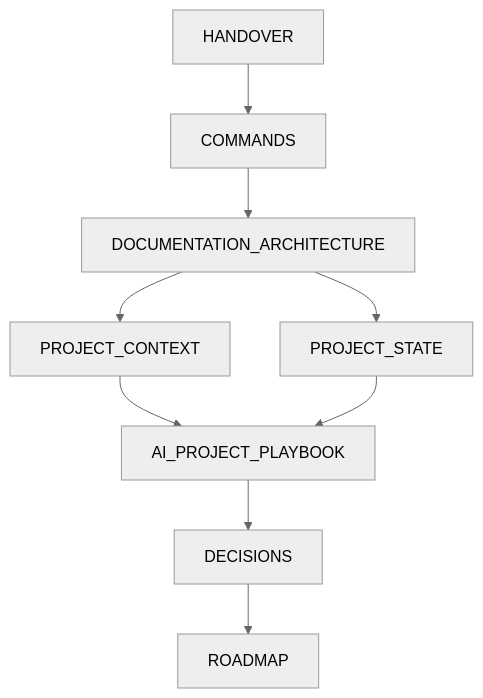
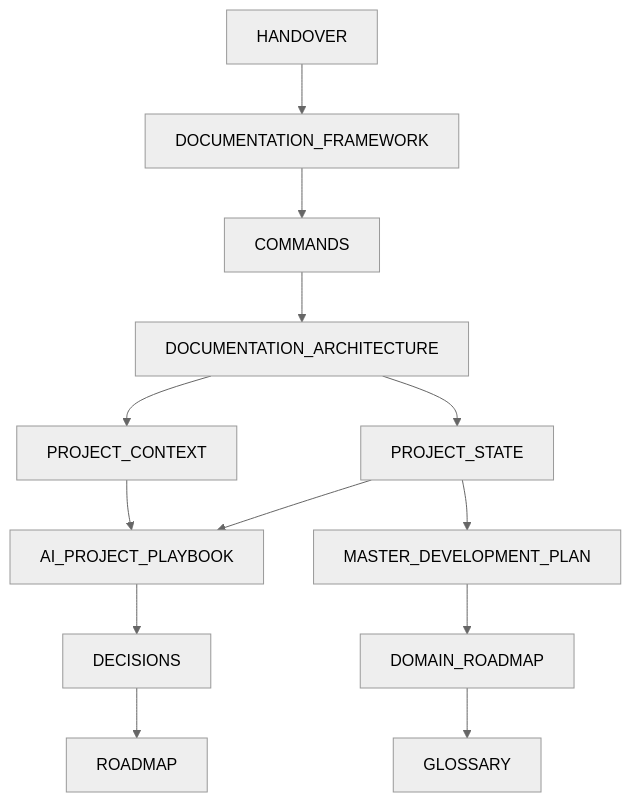
Before and after one commit to flaviamasi02/family-memory-ai: the diagram in docs/development/DOCUMENTATION_ARCHITECTURE.md, drawn with Mermaid (neutral theme). The commit also changed other lines of this file and 51 other files, not shown here.

````diff
--- a/docs/development/DOCUMENTATION_ARCHITECTURE.md
+++ b/docs/development/DOCUMENTATION_ARCHITECTURE.md
@@ -122,11 +136,15 @@
 ```mermaid
 flowchart TD
-    H[HANDOVER] --> C[COMMANDS]
+    H[HANDOVER] --> F[DOCUMENTATION_FRAMEWORK]
+    F --> C[COMMANDS]
     C --> DA[DOCUMENTATION_ARCHITECTURE]
     DA --> PC[PROJECT_CONTEXT]
     DA --> PS[PROJECT_STATE]
+    PS --> MP[MASTER_DEVELOPMENT_PLAN]
+    MP --> DR[DOMAIN_ROADMAP]
     PC --> AP[AI_PROJECT_PLAYBOOK]
     PS --> AP
     AP --> D[DECISIONS]
     D --> R[ROADMAP]
+    DR --> G[GLOSSARY]
 ```
````
